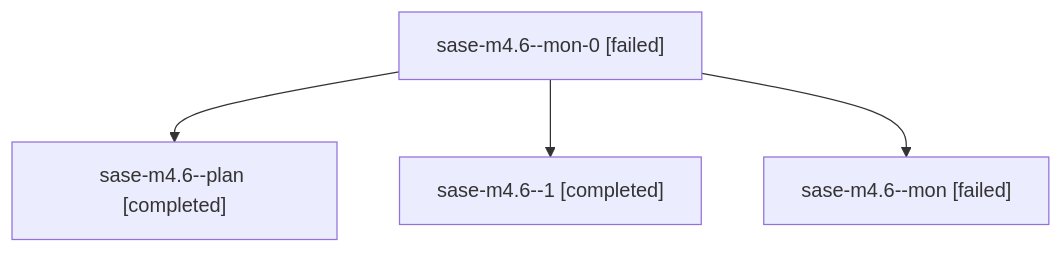
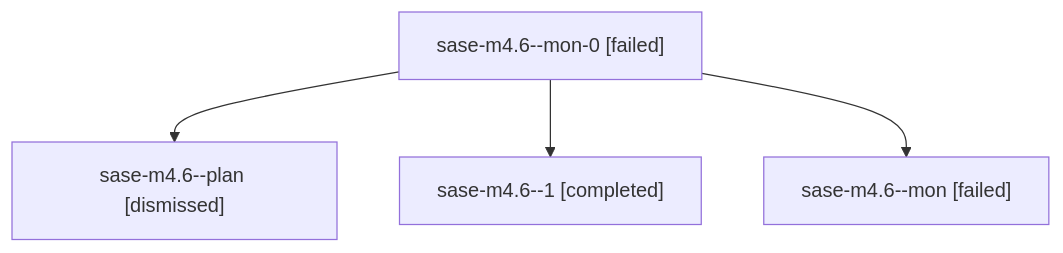
One commit to sase-org/sase--agents changed the diagram in families/bbugyi200.athena.sase-m4.6.md. Above: the diagram before and after it, drawn with Mermaid. The commit also changed other lines of this file and 113 other files, not shown here.

````diff
--- a/families/bbugyi200.athena.sase-m4.6.md
+++ b/families/bbugyi200.athena.sase-m4.6.md
@@ -9,10 +9,10 @@
 ```mermaid
 flowchart TD
   n0["sase-m4.6--mon-0 [failed]"]
-  n1["sase-m4.6--plan [completed]"]
+  n1["sase-m4.6--plan [dismissed]"]
   n0 --> n1
   n2["sase-m4.6--1 [completed]"]
   n0 --> n2
   n3["sase-m4.6--mon [failed]"]
   n0 --> n3
 ```
````
